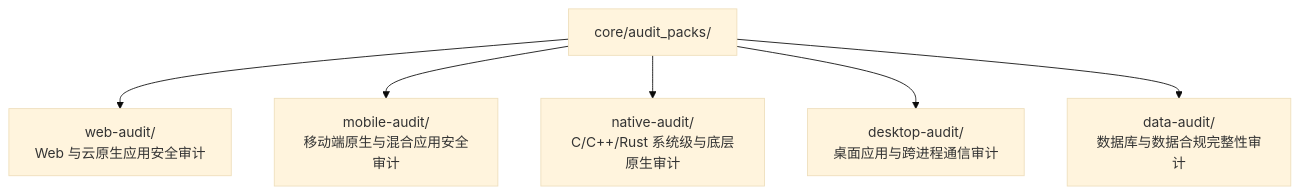
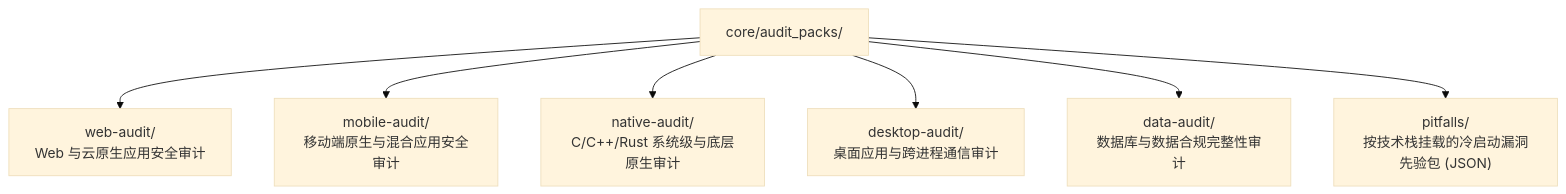
Before and after one commit to Bencibr/bugx: the diagram in core/audit_packs/README.md, drawn with Mermaid (base theme). The commit also changed other lines of this file and 84 other files, not shown here.

````diff
--- a/core/audit_packs/README.md
+++ b/core/audit_packs/README.md
@@ -9,9 +9,10 @@
 ```mermaid
 flowchart TD
     AP["core/audit_packs/"]
     AP --> WA["web-audit/<br/>Web 与云原生应用安全审计"]
     AP --> MA["mobile-audit/<br/>移动端原生与混合应用安全审计"]
     AP --> NA["native-audit/<br/>C/C++/Rust 系统级与底层原生审计"]
     AP --> DA["desktop-audit/<br/>桌面应用与跨进程通信审计"]
     AP --> DATA["data-audit/<br/>数据库与数据合规完整性审计"]
+    AP --> PF["pitfalls/<br/>按技术栈挂载的冷启动漏洞先验包 (JSON)"]
 ```
````
